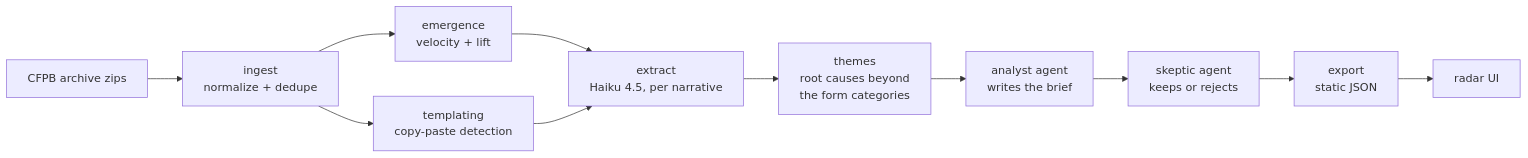
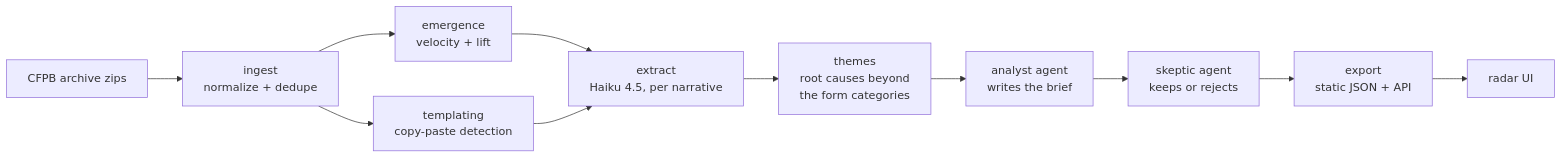
One commit to leonac24/Complaint-Radar changed the diagram in README.md. Above: the diagram before and after it, drawn with Mermaid. The commit also changed other lines of this file and 96 other files, not shown here.

Commit message:
Export and API: static public_data files and FastAPI endpoints (milestone 4)

````diff
--- a/README.md
+++ b/README.md
@@ -36,13 +36,13 @@
 ```mermaid
 flowchart LR
     A[CFPB archive zips] --> B[ingest<br/>normalize + dedupe]
     B --> C[emergence<br/>velocity + lift]
     B --> D[templating<br/>copy-paste detection]
     C --> E[extract<br/>Haiku 4.5, per narrative]
     D --> E
     E --> F[themes<br/>root causes beyond<br/>the form categories]
     F --> G[analyst agent<br/>writes the brief]
     G --> H[skeptic agent<br/>keeps or rejects]
-    H --> I[export<br/>static JSON]
+    H --> I[export<br/>static JSON + API]
     I --> J[radar UI]
 ```
````
